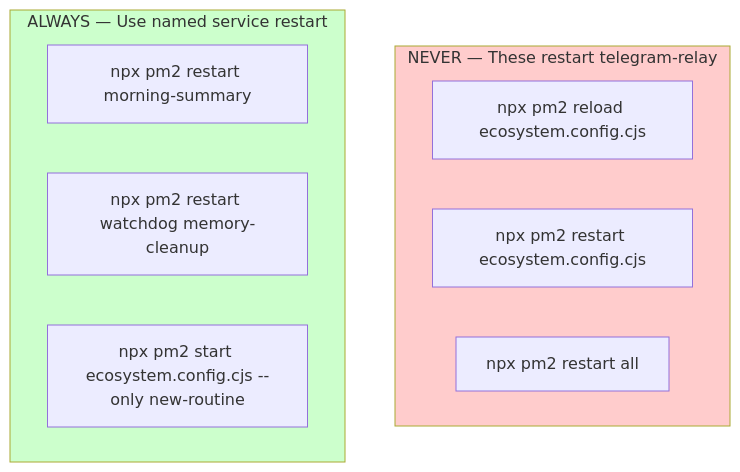
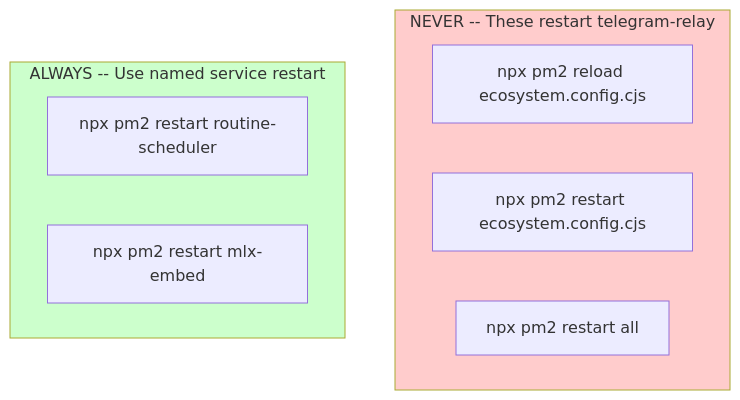
The third of 3 diagrams in docs/routines-system.md (furi-wigt/claude-telegram-relay), drawn with Mermaid before and after one commit. The commit also changed other lines of this file and 27 other files, not shown here.

````diff
--- a/docs/routines-system.md
+++ b/docs/routines-system.md
@@ -386,17 +252,16 @@
 ```mermaid
 flowchart TD
-    subgraph NEVER["NEVER — These restart telegram-relay"]
+    subgraph NEVER["NEVER -- These restart telegram-relay"]
         N1["npx pm2 reload ecosystem.config.cjs"]
         N2["npx pm2 restart ecosystem.config.cjs"]
         N3["npx pm2 restart all"]
     end
 
-    subgraph ALWAYS["ALWAYS — Use named service restart"]
-        A1["npx pm2 restart morning-summary"]
-        A2["npx pm2 restart watchdog memory-cleanup"]
-        A3["npx pm2 start ecosystem.config.cjs --only new-routine"]
+    subgraph ALWAYS["ALWAYS -- Use named service restart"]
+        A1["npx pm2 restart routine-scheduler"]
+        A2["npx pm2 restart mlx-embed"]
     end
 
     style NEVER fill:#ffcccc
     style ALWAYS fill:#ccffcc
 ```
````
